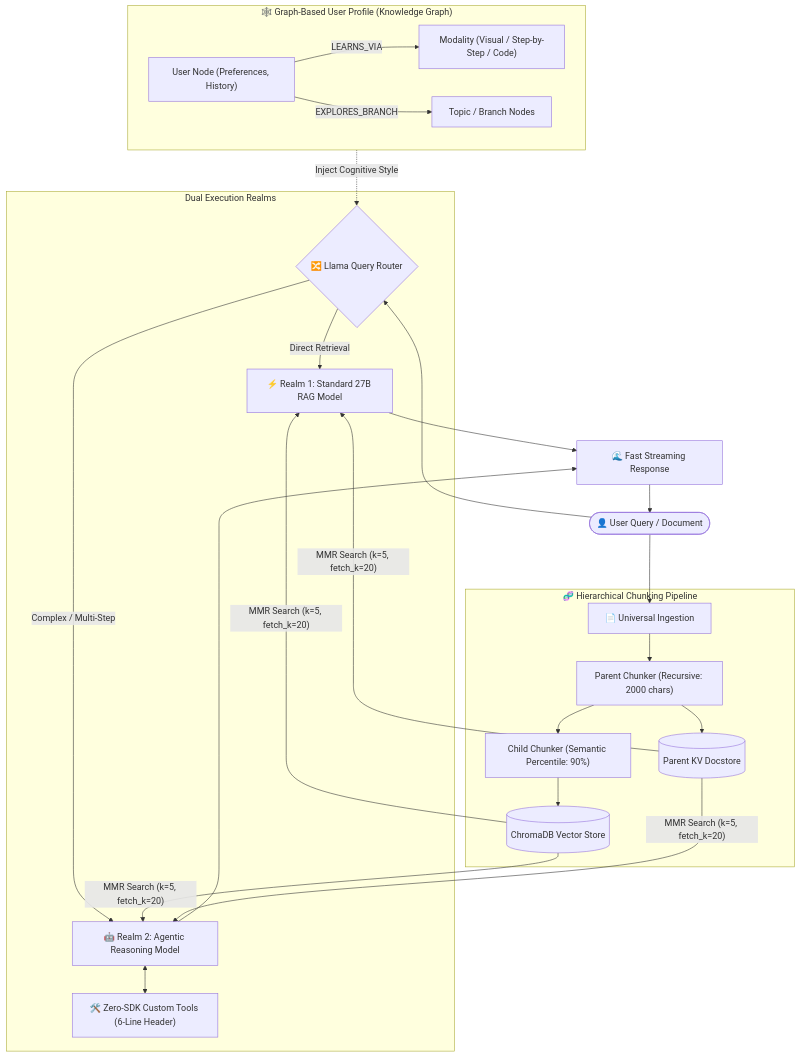
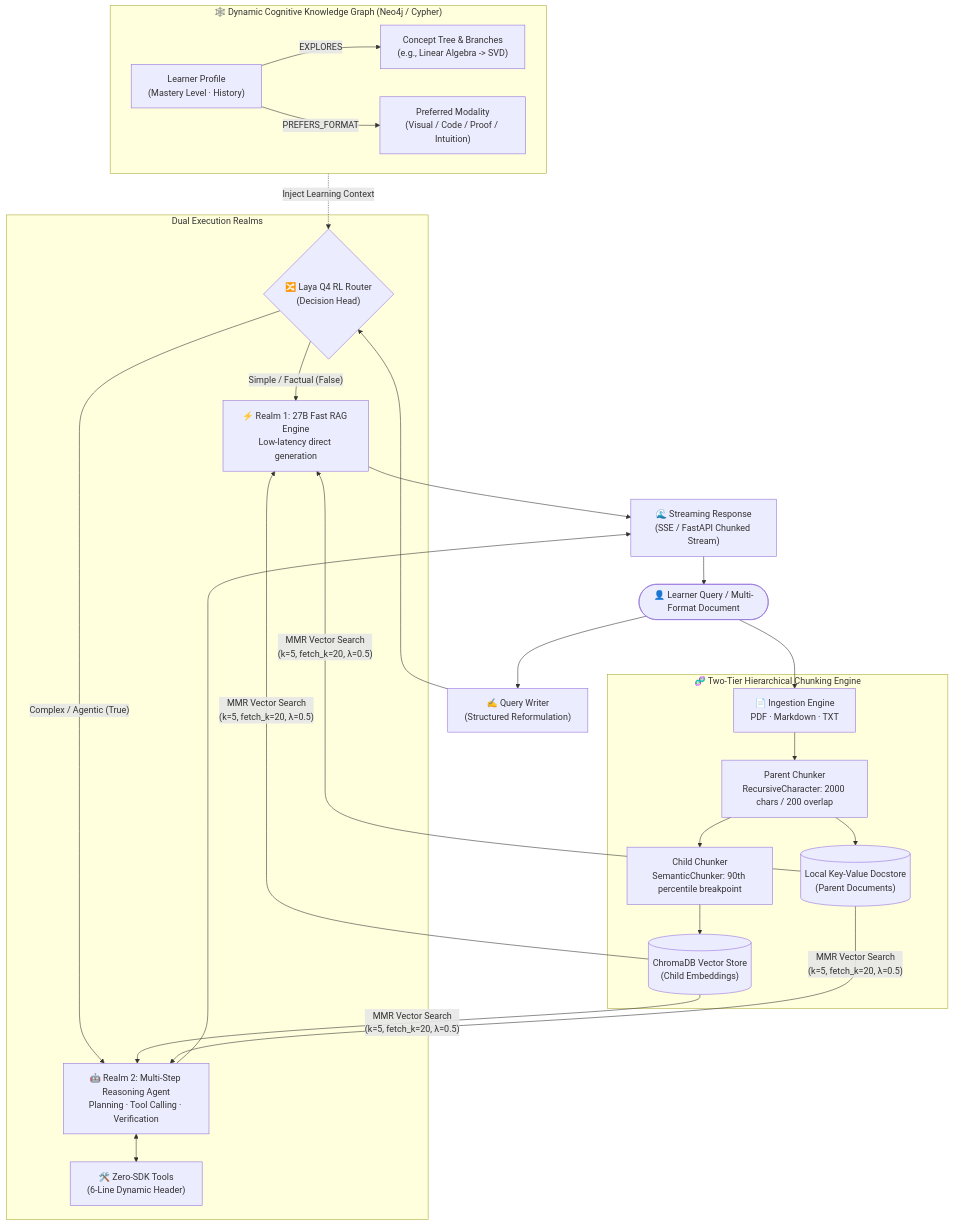
The diagram in README.md (Uwais-ML/Study_Pal), drawn with Mermaid before and after one commit. The commit also changed other lines of this file, not shown here.

Commit message:
docs: upgrade README with comprehensive system architecture and Laya router deep dives

````diff
--- a/README.md
+++ b/README.md
@@ -35,35 +52,36 @@
 ```mermaid
 flowchart TD
-    User([👤 User Query / Document]) --> Ingest[📄 Universal Ingestion]
-    
-    subgraph Chunking_Strategy ["🧬 Hierarchical Chunking Pipeline"]
-        Ingest --> ParentSplit["Parent Chunker (Recursive: 2000 chars)"]
-        ParentSplit --> ChildSplit["Child Chunker (Semantic Percentile: 90%)"]
-        ChildSplit --> VectorStore[("ChromaDB Vector Store")]
-        ParentSplit --> DocStore[("Parent KV Docstore")]
+    User([👤 Learner Query / Multi-Format Document]) --> Ingest[📄 Ingestion Engine\nPDF · Markdown · TXT]
+
+    subgraph Hierarchical_Indexing ["🧬 Two-Tier Hierarchical Chunking Engine"]
+        Ingest --> ParentSplit["Parent Chunker\nRecursiveCharacter: 2000 chars / 200 overlap"]
+        ParentSplit --> ChildSplit["Child Chunker\nSemanticChunker: 90th percentile breakpoint"]
+        ChildSplit --> ChromaDB[("ChromaDB Vector Store\n(Child Embeddings)")]
+        ParentSplit --> DocStore[("Local Key-Value Docstore\n(Parent Documents)")]
     end
 
-    subgraph Profiler ["🕸️ Graph-Based User Profile (Knowledge Graph)"]
-        UserNode["User Node (Preferences, History)"]
-        TopicNode["Topic / Branch Nodes"]
-        ModalityNode["Modality (Visual / Step-by-Step / Code)"]
-        UserNode -->|LEARNS_VIA| ModalityNode
-        UserNode -->|EXPLORES_BRANCH| TopicNode
+    subgraph Cognitive_Profiling ["🕸️ Dynamic Cognitive Knowledge Graph (Neo4j / Cypher)"]
+        LearnerNode["Learner Profile\n(Mastery Level · History)"]
+        ConceptBranch["Concept Tree & Branches\n(e.g., Linear Algebra -> SVD)"]
+        Modality["Preferred Modality\n(Visual / Code / Proof / Intuition)"]
+        LearnerNode -->|EXPLORES| ConceptBranch
+        LearnerNode -->|PREFERS_FORMAT| Modality
     end
 
-    User --> Router{"🔀 Llama Query Router"}
-    Profiler -.->|Inject Cognitive Style| Router
-    
-    subgraph Execution_Realms ["Dual Execution Realms"]
-        Router -->|"Direct Retrieval"| Realm1["⚡ Realm 1: Standard 27B RAG Model"]
-        Router -->|"Complex / Multi-Step"| Realm2["🤖 Realm 2: Agentic Reasoning Model"]
-        Realm2 <--> Tools["🛠️ Zero-SDK Custom Tools (6-Line Header)"]
+    User --> QueryWriter["✍️ Query Writer\n(Structured Reformulation)"]
+    QueryWriter --> LayaRouter{"🔀 Laya Q4 RL Router\n(Decision Head)"}
+    Cognitive_Profiling -.->|Inject Learning Context| LayaRouter
+
+    subgraph Dual_Realms ["Dual Execution Realms"]
+        LayaRouter -->|"Simple / Factual (False)"| Realm1["⚡ Realm 1: 27B Fast RAG Engine\nLow-latency direct generation"]
+        LayaRouter -->|"Complex / Agentic (True)"| Realm2["🤖 Realm 2: Multi-Step Reasoning Agent\nPlanning · Tool Calling · Verification"]
+        Realm2 <--> ToolRegistry["🛠️ Zero-SDK Tools\n(6-Line Dynamic Header)"]
     end
 
-    VectorStore & DocStore -->|"MMR Search (k=5, fetch_k=20)"| Realm1
-    VectorStore & DocStore -->|"MMR Search (k=5, fetch_k=20)"| Realm2
+    ChromaDB & DocStore -->|"MMR Vector Search\n(k=5, fetch_k=20, λ=0.5)"| Realm1
+    ChromaDB & DocStore -->|"MMR Vector Search\n(k=5, fetch_k=20, λ=0.5)"| Realm2
 
-    Realm1 --> Stream["🌊 Fast Streaming Response"]
-    Realm2 --> Stream
-    Stream --> User
+    Realm1 --> TokenStream["🌊 Streaming Response\n(SSE / FastAPI Chunked Stream)"]
+    Realm2 --> TokenStream
+    TokenStream --> User
 ```
````
